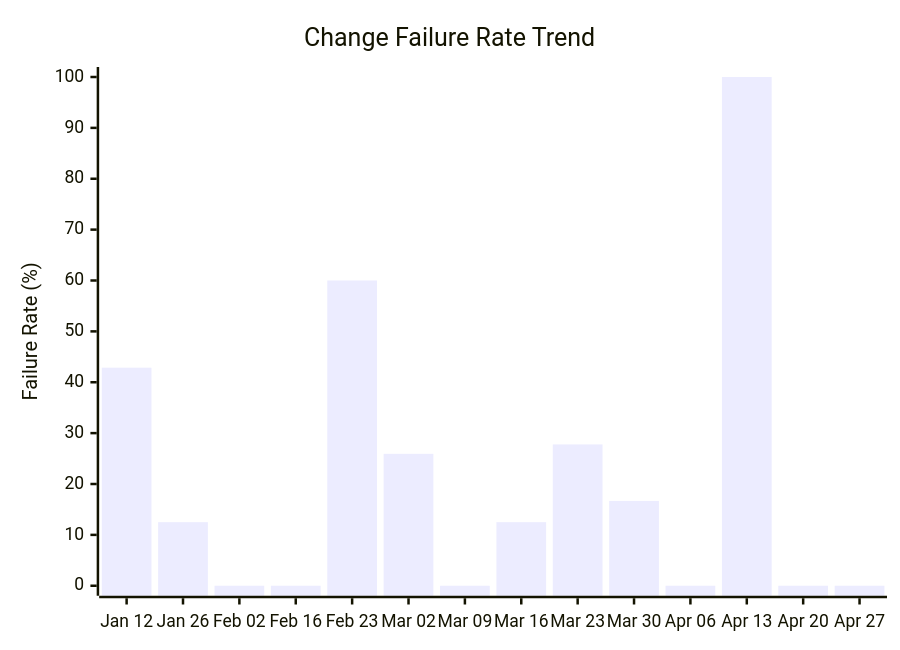
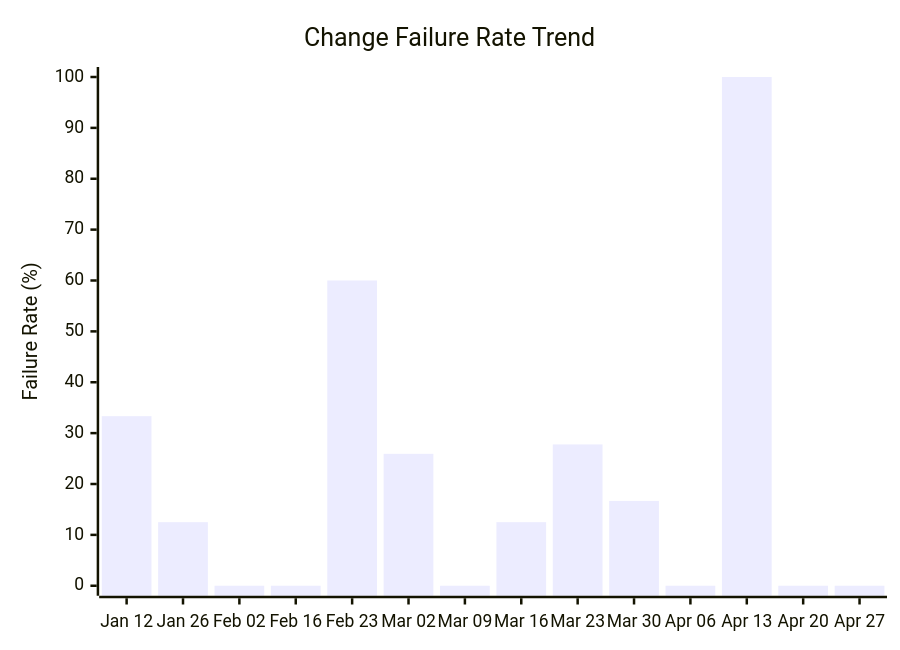
Before and after one commit to ukma-cs-ssdm-2025/rate-ukma: the fourth of 4 diagrams in docs/ci-cd/dora-summary.md, drawn with Mermaid. The commit also changed other lines of this file, not shown here.

````diff
--- a/docs/ci-cd/dora-summary.md
+++ b/docs/ci-cd/dora-summary.md
@@ -72,7 +68,7 @@
 ```mermaid
 xychart-beta
     title "Change Failure Rate Trend"
     x-axis ["Jan 12", "Jan 26", "Feb 02", "Feb 16", "Feb 23", "Mar 02", "Mar 09", "Mar 16", "Mar 23", "Mar 30", "Apr 06", "Apr 13", "Apr 20", "Apr 27"]
     y-axis "Failure Rate (%)" 0 --> 100
-    bar [42.86, 12.50, 0.00, 0.00, 60.00, 25.93, 0.00, 12.50, 27.78, 16.67, 0.00, 100.00, 0.00, 0.00]
+    bar [33.33, 12.50, 0.00, 0.00, 60.00, 25.93, 0.00, 12.50, 27.78, 16.67, 0.00, 100.00, 0.00, 0.00]
 ```
````
